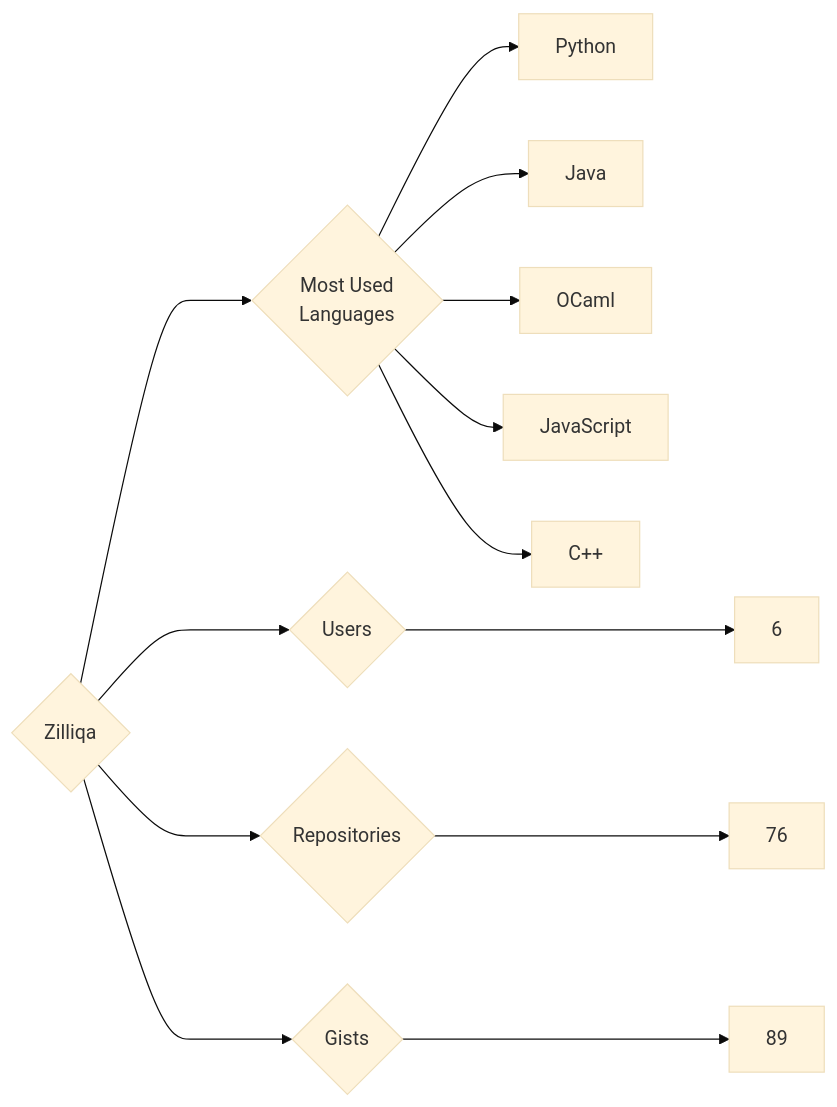
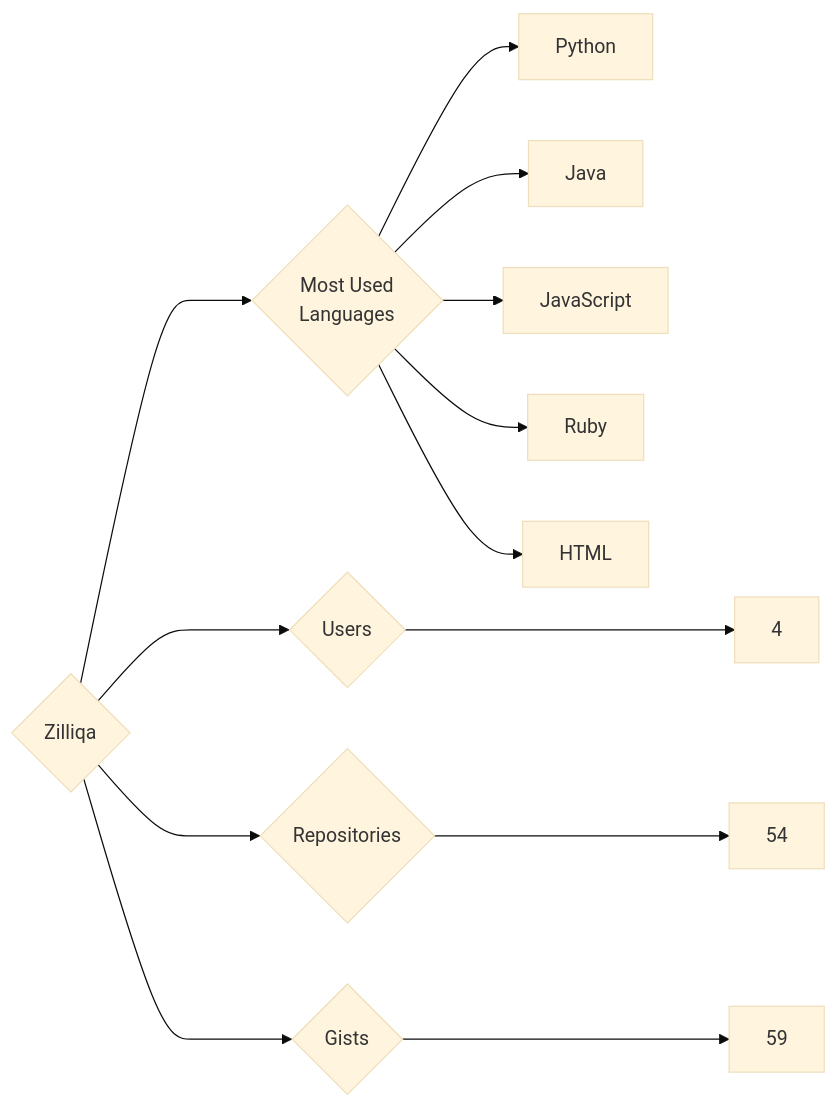
Before and after one commit to trickest/insiders: the diagram in targets/Zilliqa/README.md, drawn with Mermaid (base theme). The commit also changed 748 other files, not shown here.

````diff
--- a/targets/Zilliqa/README.md
+++ b/targets/Zilliqa/README.md
@@ -3,13 +3,13 @@
 ```mermaid
 graph LR
 COMPANY_NAME{Zilliqa}
-COMPANY_NAME ---> U{Users} ---> UN[6]
-COMPANY_NAME ---> R{Repositories} ---> RN[76]
-COMPANY_NAME ---> G{Gists} ---> GN[89]
+COMPANY_NAME ---> U{Users} ---> UN[4]
+COMPANY_NAME ---> R{Repositories} ---> RN[54]
+COMPANY_NAME ---> G{Gists} ---> GN[59]
 COMPANY_NAME ---> ML{Most Used<br>Languages}
 ML --> Python[Python]
 ML --> Java[Java]
-ML --> OCaml[OCaml]
 ML --> JavaScript[JavaScript]
-ML --> C++[C++]
+ML --> Ruby[Ruby]
+ML --> HTML[HTML]
 ```
````
